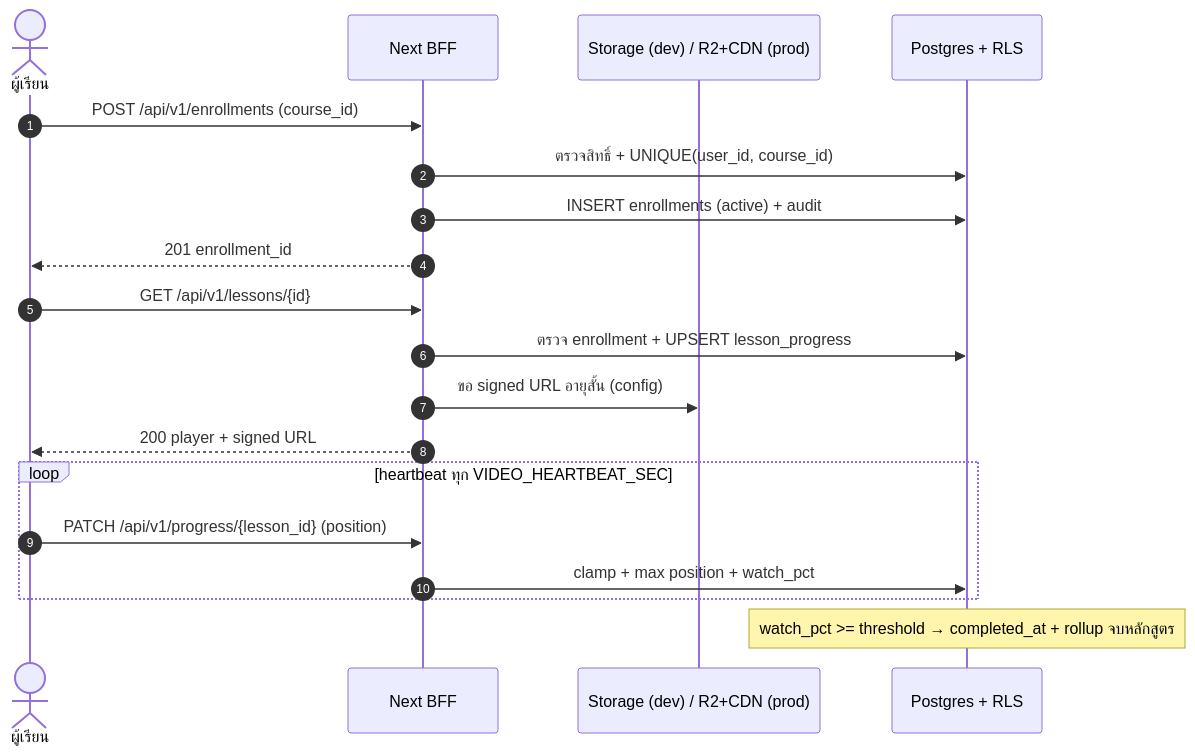
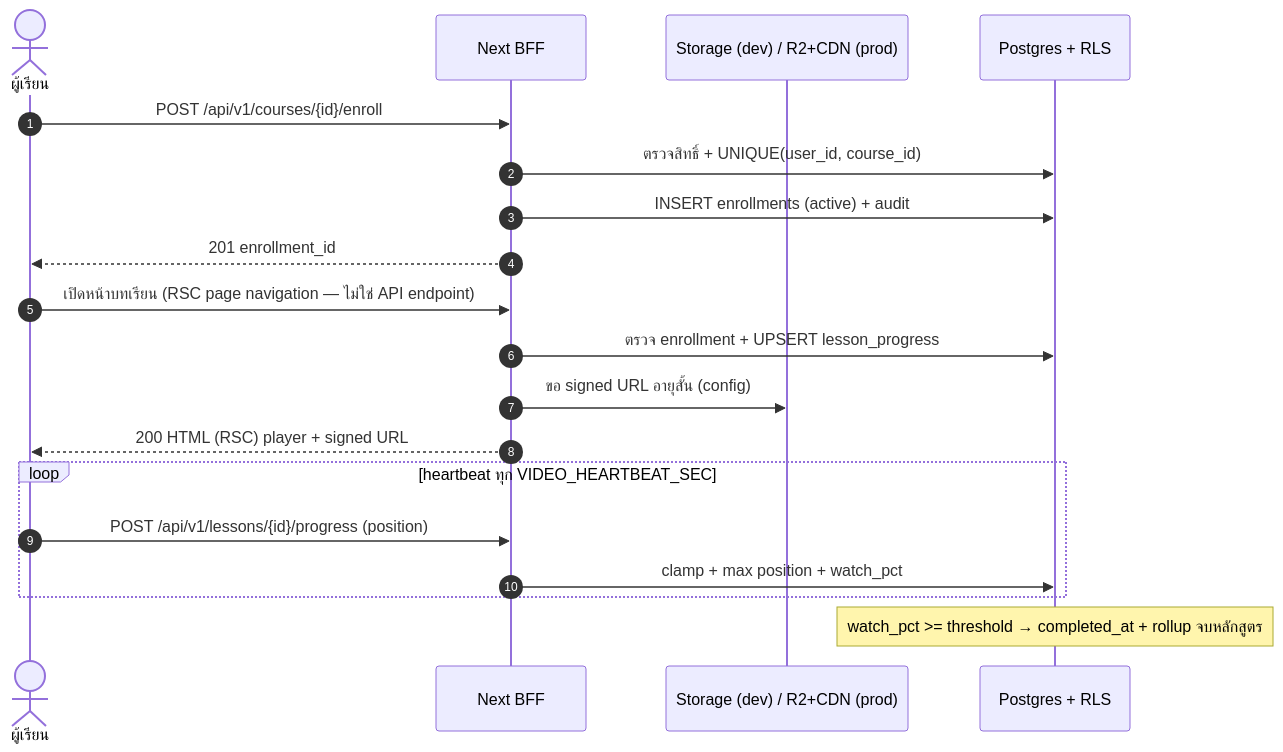
The second of 6 diagrams in docs/03-design/SDS.md (narongsak-sukma/E-Leaning-LTC), drawn with Mermaid before and after one commit. The commit also changed other lines of this file and 2 other files, not shown here.

````diff
--- a/docs/03-design/SDS.md
+++ b/docs/03-design/SDS.md
@@ -189,21 +190,21 @@
 ```mermaid
 sequenceDiagram
     autonumber
     actor U as ผู้เรียน
     participant BFF as Next BFF
     participant ST as Storage (dev) / R2+CDN (prod)
     participant DB as Postgres + RLS
-    U->>BFF: POST /api/v1/enrollments (course_id)
+    U->>BFF: POST /api/v1/courses/{id}/enroll
     BFF->>DB: ตรวจสิทธิ์ + UNIQUE(user_id, course_id)
     BFF->>DB: INSERT enrollments (active) + audit
     BFF-->>U: 201 enrollment_id
-    U->>BFF: GET /api/v1/lessons/{id}
+    U->>BFF: เปิดหน้าบทเรียน (RSC page navigation — ไม่ใช่ API endpoint)
     BFF->>DB: ตรวจ enrollment + UPSERT lesson_progress
     BFF->>ST: ขอ signed URL อายุสั้น (config)
-    BFF-->>U: 200 player + signed URL
+    BFF-->>U: 200 HTML (RSC) player + signed URL
     loop heartbeat ทุก VIDEO_HEARTBEAT_SEC
-        U->>BFF: PATCH /api/v1/progress/{lesson_id} (position)
+        U->>BFF: POST /api/v1/lessons/{id}/progress (position)
         BFF->>DB: clamp + max position + watch_pct
     end
     Note over DB: watch_pct >= threshold → completed_at + rollup จบหลักสูตร
 ```
````
